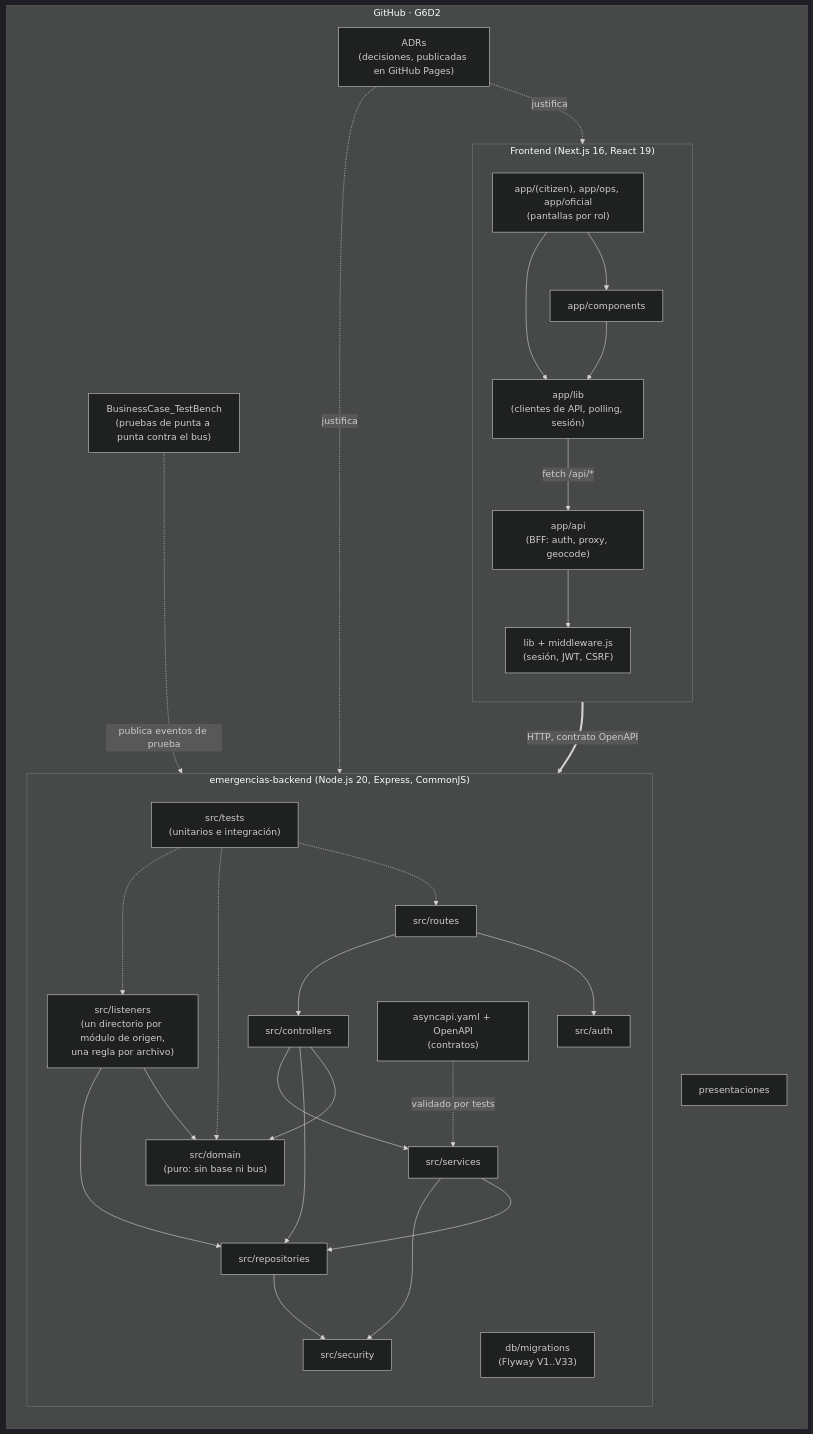
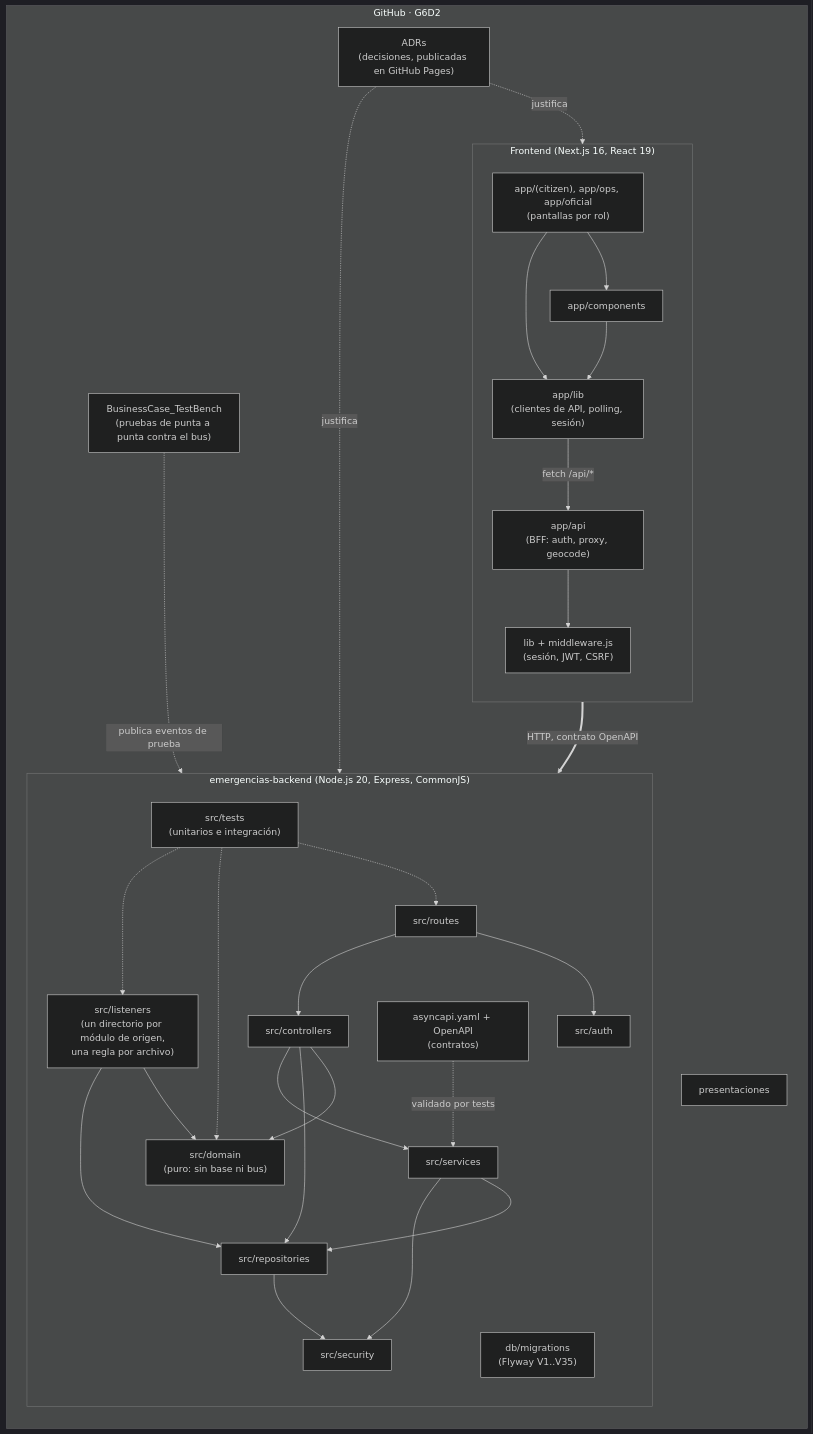
One commit to G6D2/emergencias-backend changed the third of 4 diagrams in docs/diagramas/09-vista-4+1.md. Above: the diagram before and after it, drawn with Mermaid (dark theme). The commit also changed other lines of this file and 15 other files, not shown here.

First line of the commit message:
docs: corrección de la cátedra (ER a V35, secuencias transversales, orden de eventos, contratos y Postman) (#133)

````diff
--- a/docs/diagramas/09-vista-4+1.md
+++ b/docs/diagramas/09-vista-4+1.md
@@ -223,59 +224,59 @@
 ```mermaid
 flowchart LR
     subgraph org["GitHub · G6D2"]
         direction TB
 
         subgraph be["emergencias-backend (Node.js 20, Express, CommonJS)"]
             direction TB
             routes["src/routes"]
             authM["src/auth"]
             ctrl["src/controllers"]
             dom["src/domain<br/>(puro: sin base ni bus)"]
             repos["src/repositories"]
             svc["src/services"]
             lst["src/listeners<br/>(un directorio por módulo de origen,<br/>una regla por archivo)"]
             sec["src/security"]
-            migr["db/migrations<br/>(Flyway V1..V33)"]
+            migr["db/migrations<br/>(Flyway V1..V35)"]
             contr["asyncapi.yaml + OpenAPI<br/>(contratos)"]
             tests["src/tests<br/>(unitarios e integración)"]
         end
 
         subgraph fe["Frontend (Next.js 16, React 19)"]
             direction TB
             pages["app/(citizen), app/ops, app/oficial<br/>(pantallas por rol)"]
             comps["app/components"]
             applib["app/lib<br/>(clientes de API, polling, sesión)"]
             bffR["app/api<br/>(BFF: auth, proxy, geocode)"]
             lib["lib + middleware.js<br/>(sesión, JWT, CSRF)"]
         end
 
         adrs["ADRs<br/>(decisiones, publicadas en GitHub Pages)"]
         bench["BusinessCase_TestBench<br/>(pruebas de punta a punta contra el bus)"]
         pres["presentaciones"]
     end
 
     routes --> authM
     routes --> ctrl
     ctrl --> dom
     ctrl --> repos
     ctrl --> svc
     lst --> dom
     lst --> repos
     svc --> repos
     repos --> sec
     svc --> sec
     tests -.-> routes
     tests -.-> dom
     tests -.-> lst
     contr -.->|"validado por tests"| svc
 
     pages --> comps
     pages --> applib
     comps --> applib
     applib -->|"fetch /api/*"| bffR
     bffR --> lib
     bffR ==>|"HTTP, contrato OpenAPI"| routes
     bench -.->|"publica eventos de prueba"| lst
     adrs -.->|"justifica"| be
     adrs -.->|"justifica"| fe
 ```
````
